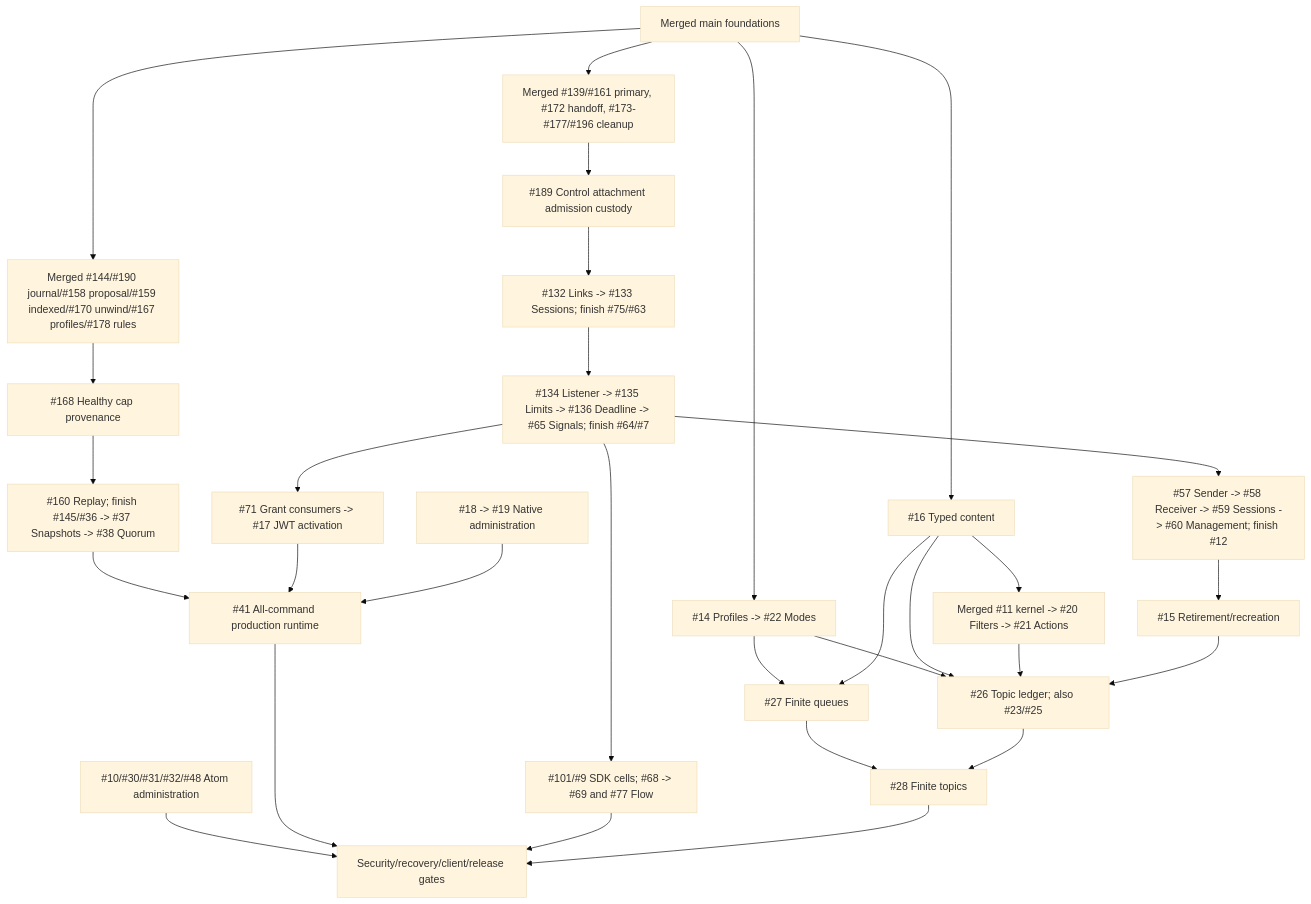
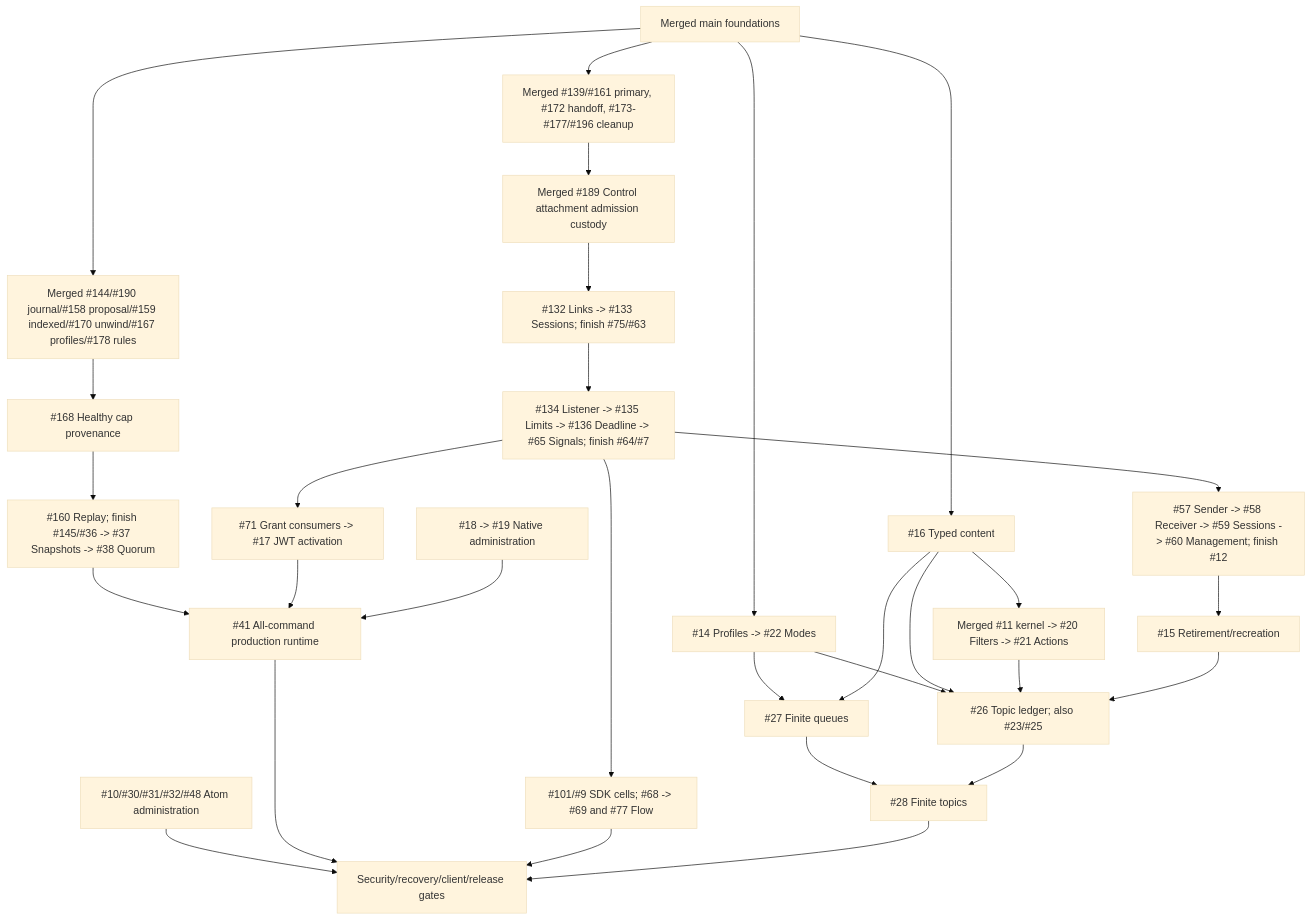
The diagram in docs/roadmap.md (DeandreT/switchyard), drawn with Mermaid (base theme) before and after one commit. The commit also changed other lines of this file and 7 other files, not shown here.

Commit message:
fix(protocol-amqp): retain control-link admission originals

````diff
--- a/docs/roadmap.md
+++ b/docs/roadmap.md
@@ -54,32 +54,32 @@
 ```mermaid
 flowchart TD
     Main["Merged main foundations"] --> Lifecycle["Merged #139/#161 primary, #172 handoff, #173-#177/#196 cleanup"]
-    Lifecycle --> Control["#189 Control attachment admission custody"]
+    Lifecycle --> Control["Merged #189 Control attachment admission custody"]
     Control --> Families["#132 Links -> #133 Sessions; finish #75/#63"]
     Families --> Shutdown["#134 Listener -> #135 Limits -> #136 Deadline -> #65 Signals; finish #64/#7"]
     Shutdown --> Authority["#57 Sender -> #58 Receiver -> #59 Sessions -> #60 Management; finish #12"]
     Authority --> Delete["#15 Retirement/recreation"]
     Shutdown --> Grants["#71 Grant consumers -> #17 JWT activation"]
     Shutdown --> Clients["#101/#9 SDK cells; #68 -> #69 and #77 Flow"]
     Main --> Profiles["#14 Profiles -> #22 Modes"]
     Main --> Content["#16 Typed content"]
     Content --> Rules["Merged #11 kernel -> #20 Filters -> #21 Actions"]
     Profiles --> Queues["#27 Finite queues"]
     Content --> Queues
     Profiles --> Ledger["#26 Topic ledger; also #23/#25"]
     Content --> Ledger
     Rules --> Ledger
     Delete --> Ledger
     Queues --> Topics["#28 Finite topics"]
     Ledger --> Topics
     Main --> Durable["Merged #144/#190 journal/#158 proposal/#159 indexed/#170 unwind/#167 profiles/#178 rules"]
     Durable --> Integrity["#168 Healthy cap provenance"]
     Integrity --> Replay["#160 Replay; finish #145/#36 -> #37 Snapshots -> #38 Quorum"]
     Replay --> Runtime["#41 All-command production runtime"]
     Grants --> Runtime
     Native["#18 -> #19 Native administration"] --> Runtime
     Atom["#10/#30/#31/#32/#48 Atom administration"] --> Gates["Security/recovery/client/release gates"]
     Runtime --> Gates
     Clients --> Gates
     Topics --> Gates
 ```
````
